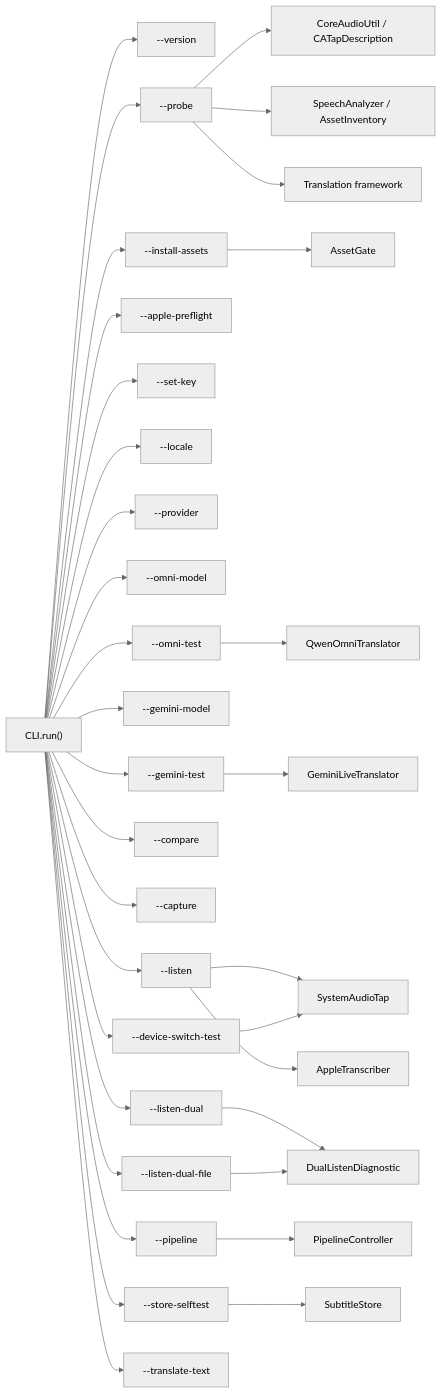
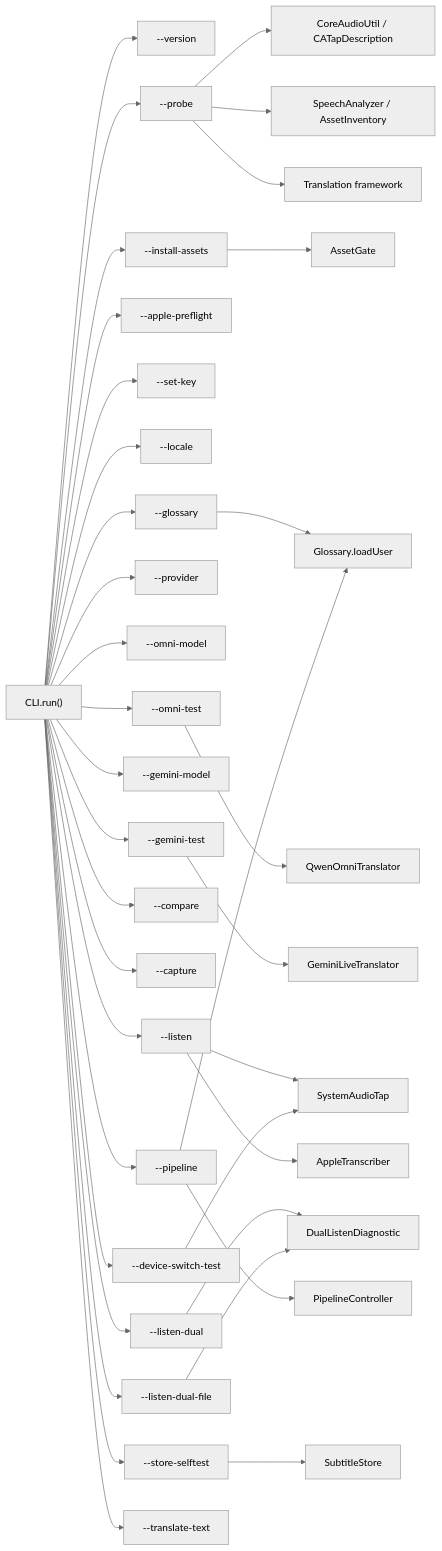
One commit to dautroc/tsuyaku changed the tenth of 10 diagrams in docs/architecture.md. Above: the diagram before and after it, drawn with Mermaid (neutral theme). The commit also changed other lines of this file and 13 other files, not shown here.

````diff
--- a/docs/architecture.md
+++ b/docs/architecture.md
@@ -664,38 +717,41 @@
 ```mermaid
 flowchart LR
     CLI["CLI.run()"] --> Version["--version"]
     CLI --> Probe["--probe"]
     CLI --> Install["--install-assets"]
     CLI --> Preflight["--apple-preflight"]
     CLI --> SetKey["--set-key"]
     CLI --> Locale["--locale"]
+    CLI --> GlossaryFlag["--glossary"]
     CLI --> Provider["--provider"]
     CLI --> OmniModel["--omni-model"]
     CLI --> OmniTest["--omni-test"]
     CLI --> GeminiModel["--gemini-model"]
     CLI --> GeminiTest["--gemini-test"]
     CLI --> Compare["--compare"]
     CLI --> Capture["--capture"]
     CLI --> Listen["--listen"]
     CLI --> ListenDual["--listen-dual"]
     CLI --> ListenDualFile["--listen-dual-file"]
     CLI --> Pipeline["--pipeline"]
     CLI --> StoreSelfTest["--store-selftest"]
     CLI --> DeviceSwitchTest["--device-switch-test"]
     CLI --> TranslateText["--translate-text"]
 
     Probe --> CoreAudio["CoreAudioUtil / CATapDescription"]
     Probe --> Speech["SpeechAnalyzer / AssetInventory"]
     Probe --> Translation["Translation framework"]
 
     Install --> AssetGate["AssetGate"]
     Listen --> SystemAudioTap["SystemAudioTap"]
     Listen --> AppleTranscriber["AppleTranscriber"]
     ListenDual --> DualListenDiagnostic["DualListenDiagnostic"]
     ListenDualFile --> DualListenDiagnostic
     Pipeline --> PipelineController["PipelineController"]
     StoreSelfTest --> SubtitleStore["SubtitleStore"]
     DeviceSwitchTest --> SystemAudioTap
     OmniTest --> QwenOmniTranslator["QwenOmniTranslator"]
+    GlossaryFlag --> GlossaryParse["Glossary.loadUser"]
+    Pipeline --> GlossaryParse
     GeminiTest --> GeminiLiveTranslator["GeminiLiveTranslator"]
 ```
````
